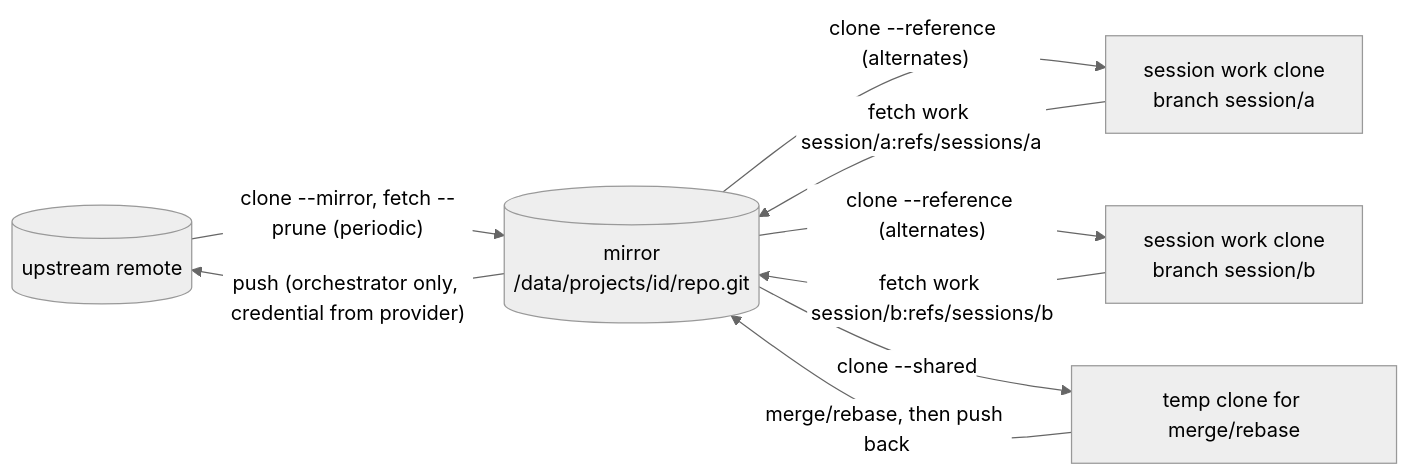
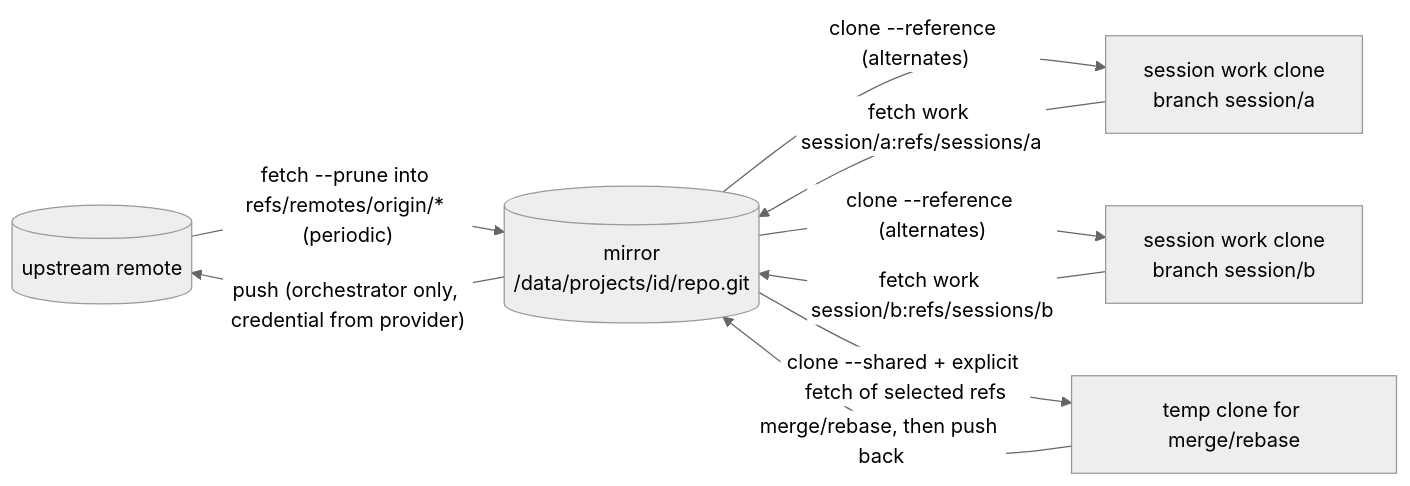
Before and after one commit to LHelge/mars: the sixth of 7 diagrams in ARCHITECTURE.md, drawn with Mermaid (neutral theme). The commit also changed other lines of this file and 35 other files, not shown here.

````diff
--- a/ARCHITECTURE.md
+++ b/ARCHITECTURE.md
@@ -331,17 +395,17 @@
 ```mermaid
 flowchart LR
     UP[(upstream remote)]
     M[(mirror<br/>/data/projects/id/repo.git)]
     W1[session work clone<br/>branch session/a]
     W2[session work clone<br/>branch session/b]
     T[temp clone for merge/rebase]
 
-    UP -- "clone --mirror, fetch --prune (periodic)" --> M
+    UP -- "fetch --prune into refs/remotes/origin/* (periodic)" --> M
     M -- "clone --reference (alternates)" --> W1
     M -- "clone --reference (alternates)" --> W2
     W1 -- "fetch work session/a:refs/sessions/a" --> M
     W2 -- "fetch work session/b:refs/sessions/b" --> M
-    M -- "clone --shared" --> T
+    M -- "clone --shared + explicit fetch of selected refs" --> T
     T -- "merge/rebase, then push back" --> M
     M -- "push (orchestrator only, credential from provider)" --> UP
 ```
````
